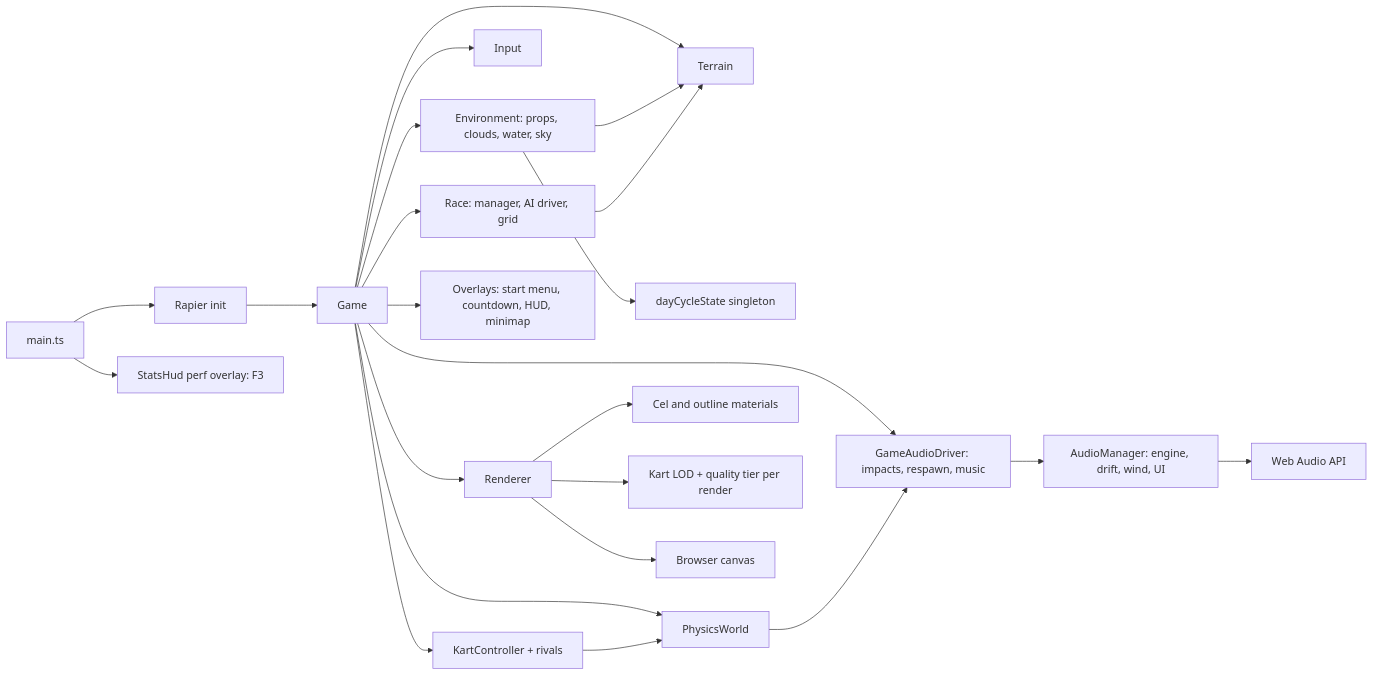
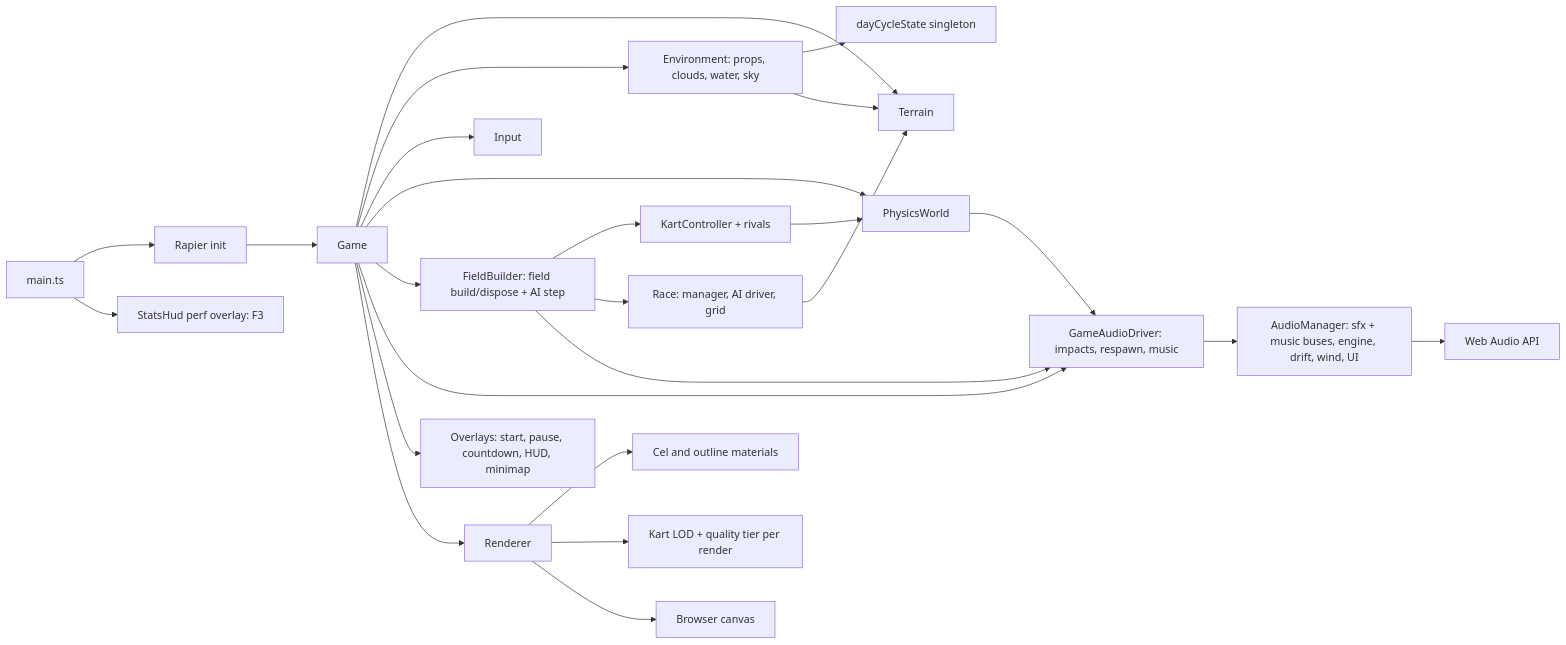
One commit to jjgroenendijk/cart-game changed the diagram in AGENTS.md. Above: the diagram before and after it, drawn with Mermaid.

Commit message:
docs(agents): refresh runtime flow for FieldBuilder, pause, audio buses
Context
~1000 LOC of 012 change landed since the last root AGENTS.md touch
(FieldBuilder extraction, pause overlay, sfx/music bus split). The runtime
flow diagram no longer matches the code.

Change
Root AGENTS.md runtime flow: Game now delegates field build/dispose + the AI
step to FieldBuilder (owns karts + race + per-field HUDs); race + kart move
under field; field drives GameAudioDriver.flush; AudioManager gains sfx +
music buses; the UI overlays list grows a pause screen.

Rationale
Keep the top-level flow honest so the next agent reads the real ownership.
Resets the 1000-LOC governance counter.

Impact/Risk
Docs only; no code or behavior change.

Tests
Hook governance + file-limits pass (root AGENTS.md touched; <=100 cols,
<=200 LOC, Mermaid block upheld).

````diff
--- a/AGENTS.md
+++ b/AGENTS.md
@@ -23,25 +23,27 @@
 ```mermaid
 flowchart LR
   main[main.ts] --> rapier[Rapier init]
   rapier --> game[Game]
   game --> terrain[Terrain]
   game --> env[Environment: props, clouds, water, sky]
   env --> dayCycle[dayCycleState singleton]
   env --> terrain
   game --> input[Input]
   game --> physics[PhysicsWorld]
-  game --> kart[KartController + rivals]
+  game --> field[FieldBuilder: field build/dispose + AI step]
+  field --> kart[KartController + rivals]
+  field --> race[Race: manager, AI driver, grid]
   kart --> physics
-  game --> race[Race: manager, AI driver, grid]
   race --> terrain
   game --> gameAudio[GameAudioDriver: impacts, respawn, music]
+  field --> gameAudio
   physics --> gameAudio
-  gameAudio --> audio[AudioManager: engine, drift, wind, UI]
+  gameAudio --> audio[AudioManager: sfx + music buses, engine, drift, wind, UI]
   audio --> webaudio[Web Audio API]
-  game --> ui[Overlays: start menu, countdown, HUD, minimap]
+  game --> ui[Overlays: start, pause, countdown, HUD, minimap]
   game --> renderer[Renderer]
   renderer --> materials[Cel and outline materials]
   renderer --> lod[Kart LOD + quality tier per render]
   renderer --> canvas[Browser canvas]
   main --> statsHud[StatsHud perf overlay: F3]
 ```
````
